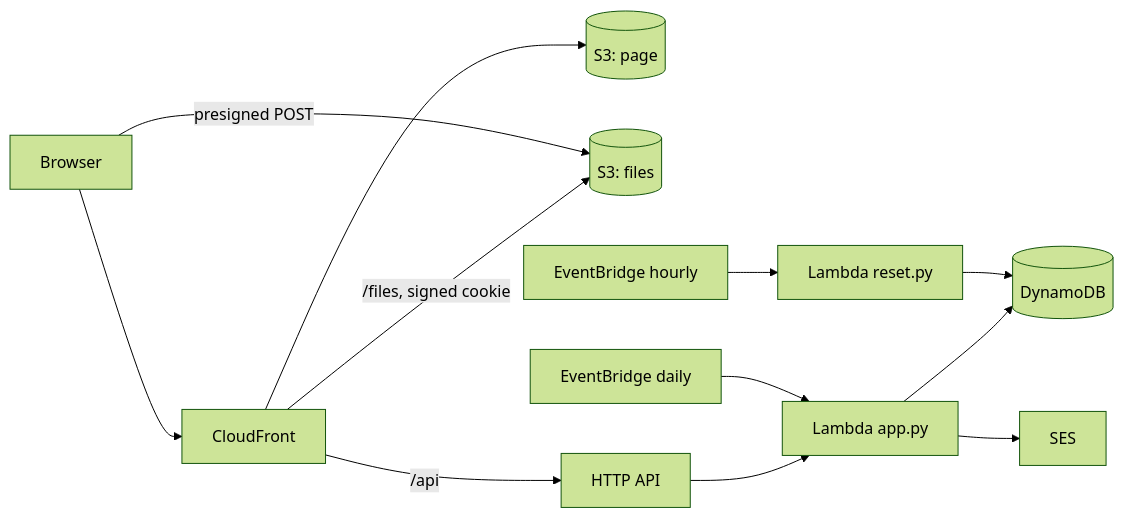
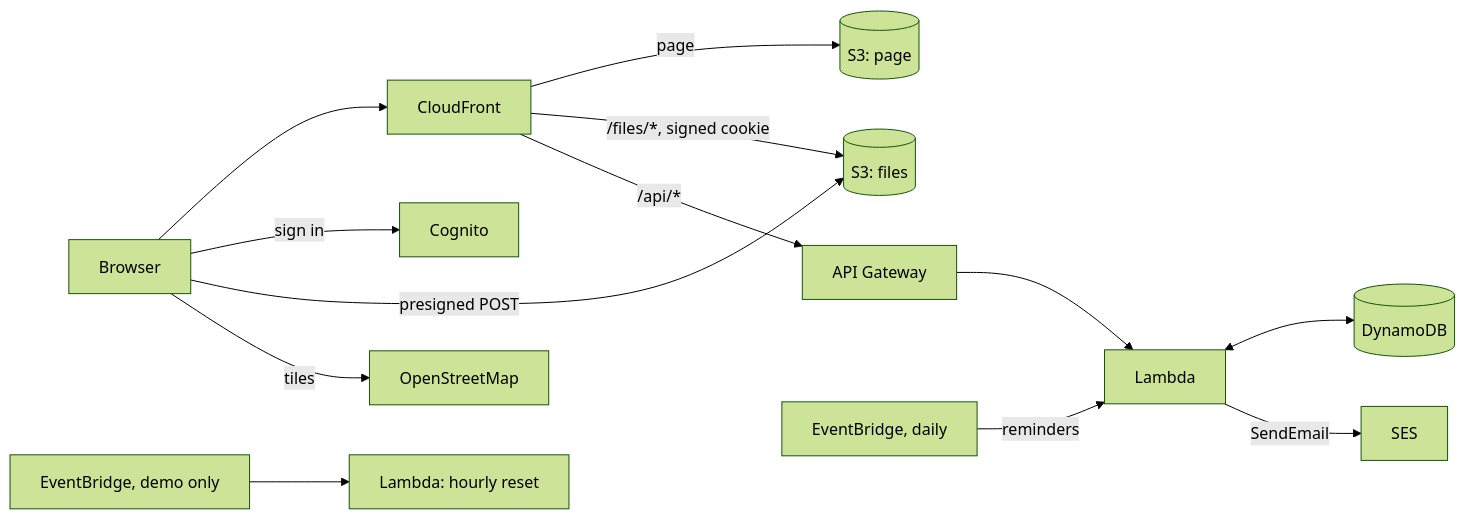
Before and after one commit to Tozapid/cars-serverless-aws: the diagram in README.md, drawn with Mermaid (forest theme). The commit also changed other lines of this file and 1 other file, not shown here.

````diff
--- a/README.md
+++ b/README.md
@@ -29,11 +40,14 @@
 ```mermaid
 flowchart LR
   B[Browser] --> CF[CloudFront]
-  CF --> W[(S3: page)]
-  CF -- "/files, signed cookie" --> F[(S3: files)]
-  CF -- "/api" --> A[HTTP API] --> L[Lambda app.py]
-  B -- "presigned POST" --> F
-  L --> D[(DynamoDB)]
-  E[EventBridge daily] --> L --> S[SES]
-  R[EventBridge hourly] --> X[Lambda reset.py] --> D
+  CF -->|page| WEB[(S3: page)]
+  CF -->|/files/*, signed cookie| FILES[(S3: files)]
+  CF -->|/api/*| API[API Gateway] --> L[Lambda]
+  B -->|sign in| COG[Cognito]
+  B -->|presigned POST| FILES
+  B -->|tiles| OSM[OpenStreetMap]
+  EB[EventBridge, daily] -->|reminders| L
+  L <--> DB[(DynamoDB)]
+  L -->|SendEmail| SES[SES]
+  EB2[EventBridge, demo only] --> R[Lambda: hourly reset]
 ```
````
